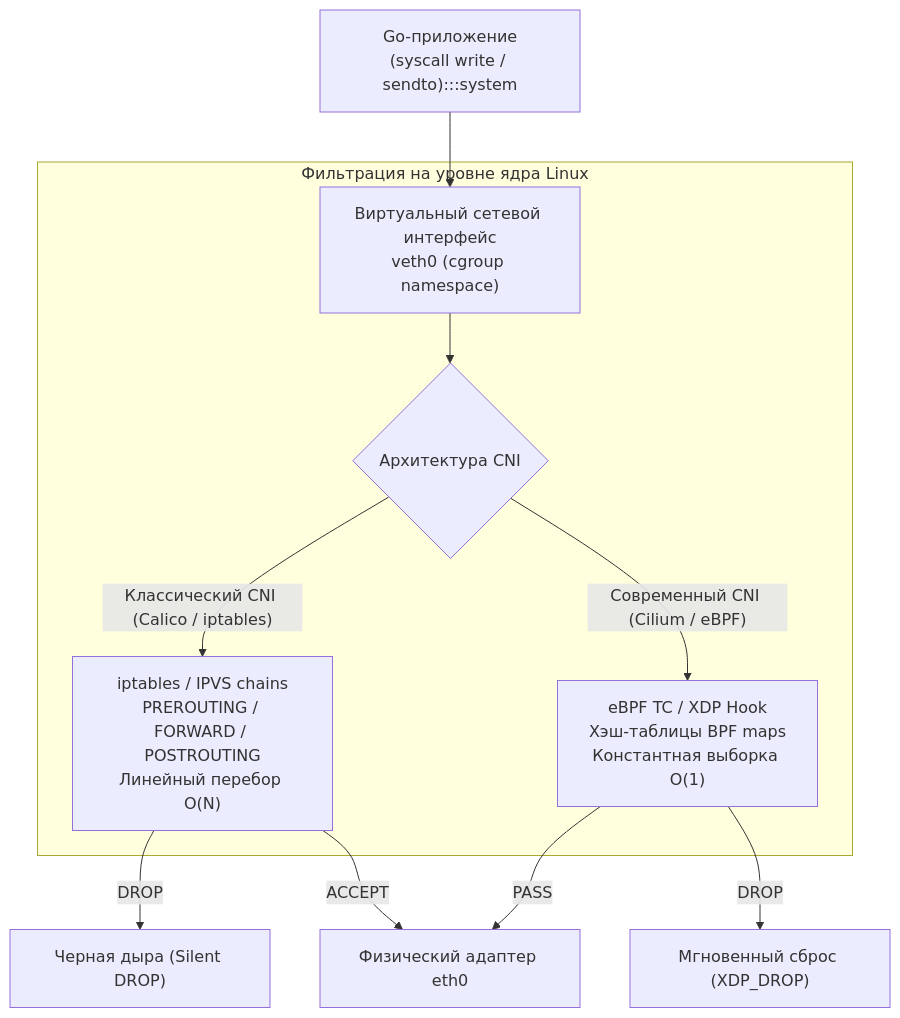
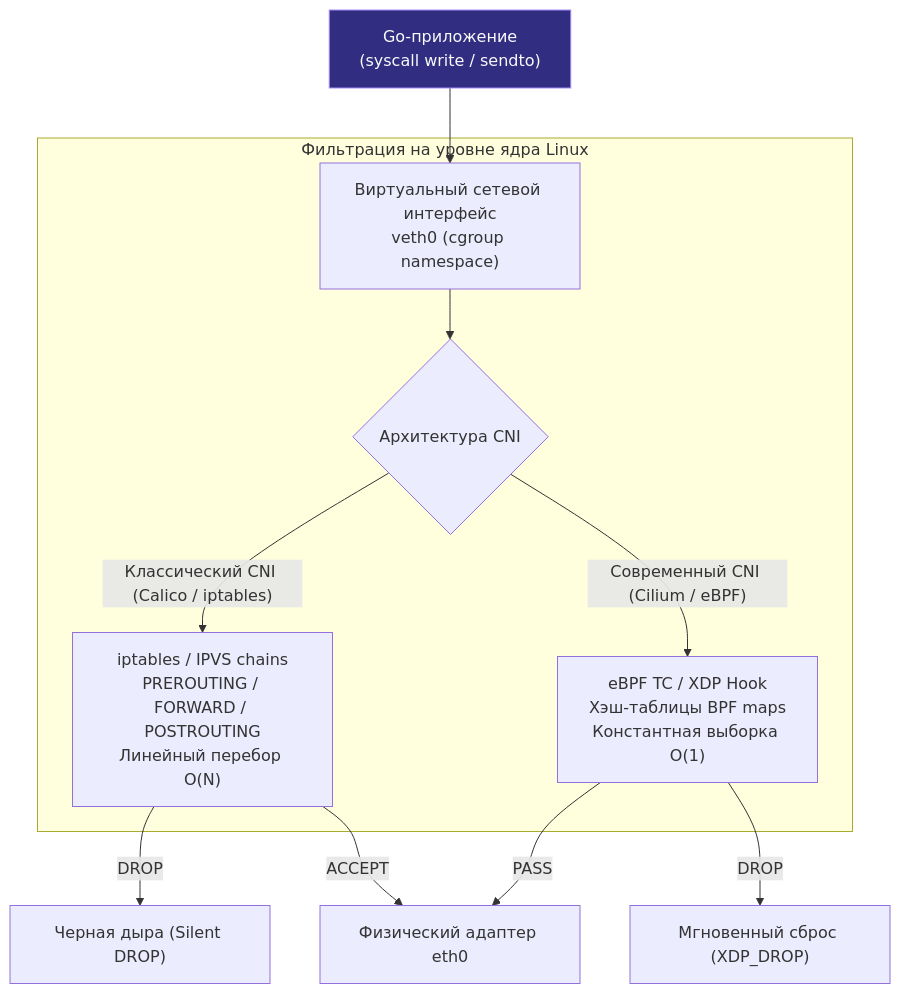
Before and after one commit to UnrealTemplier/go-textbook-ru: the second of 3 diagrams in sources/14. Распределенные системы на Go/06. Сеть/4. Network policies.md, drawn with Mermaid. The commit also changed 166 other files, not shown here.

First line of the commit message:
fix(mermaid): move :::class out of quoted node labels

````diff
--- a/sources/14. Распределенные системы на Go/06. Сеть/4. Network policies.md
+++ b/sources/14. Распределенные системы на Go/06. Сеть/4. Network policies.md
@@ -62,26 +62,26 @@
 ```mermaid
 flowchart TD
     classDef process  fill:#1e293b,stroke:#38bdf8,stroke-width:1px,color:#f8fafc
     classDef success  fill:#064e3b,stroke:#34d399,stroke-width:1px,color:#f8fafc
     classDef error    fill:#7f1d1d,stroke:#f87171,stroke-width:1px,color:#f8fafc
     classDef warning  fill:#78350f,stroke:#fbbf24,stroke-width:1px,color:#f8fafc
     classDef entry    fill:#1e3a5f,stroke:#38bdf8,stroke-width:2px,color:#f8fafc
     classDef aux      fill:#334155,stroke:#64748b,stroke-width:1px,color:#f8fafc
     classDef system   fill:#312e81,stroke:#a78bfa,stroke-width:1px,color:#f8fafc
     classDef data     fill:#132d29,stroke:#2dd4bf,stroke-width:1px,color:#f8fafc
     classDef network  fill:#881337,stroke:#fb7185,stroke-width:1px,color:#f8fafc
     classDef accent   fill:#1e1b4b,stroke:#818cf8,stroke-width:1px,color:#f8fafc
-    App["Go-приложение<br>(syscall write / sendto):::system"] --> Veth["Виртуальный сетевой интерфейс<br>veth0 (cgroup namespace)"]
+    App["Go-приложение<br>(syscall write / sendto)"]:::system --> Veth["Виртуальный сетевой интерфейс<br>veth0 (cgroup namespace)"]
     
     subgraph Filter["Фильтрация на уровне ядра Linux"]
         Veth --> Engine{"Архитектура CNI"}
         Engine -->|"Классический CNI (Calico / iptables)"| IPT["iptables / IPVS chains<br>PREROUTING / FORWARD / POSTROUTING<br>Линейный перебор O(N)"]
         Engine -->|"Современный CNI (Cilium / eBPF)"| BPF["eBPF TC / XDP Hook<br>Хэш-таблицы BPF maps<br>Константная выборка O(1)"]
     end
     
     IPT -->|DROP| Blackhole1["Черная дыра (Silent DROP)"]
     IPT -->|ACCEPT| Eth0["Физический адаптер eth0"]
     
     BPF -->|DROP| Blackhole2["Мгновенный сброс (XDP_DROP)"]
     BPF -->|PASS| Eth0
 ```
````
